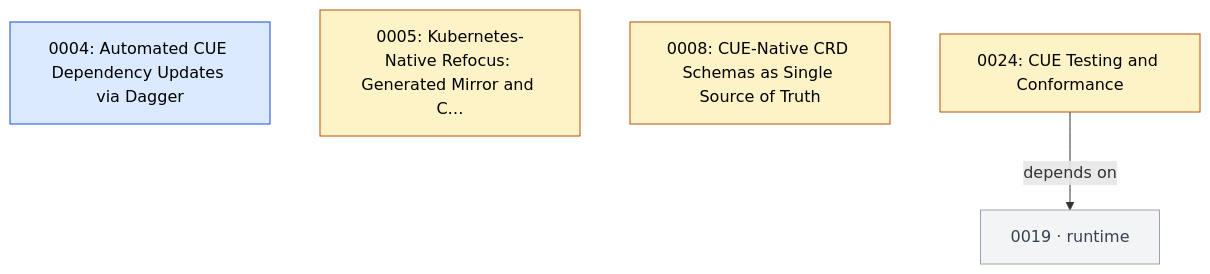
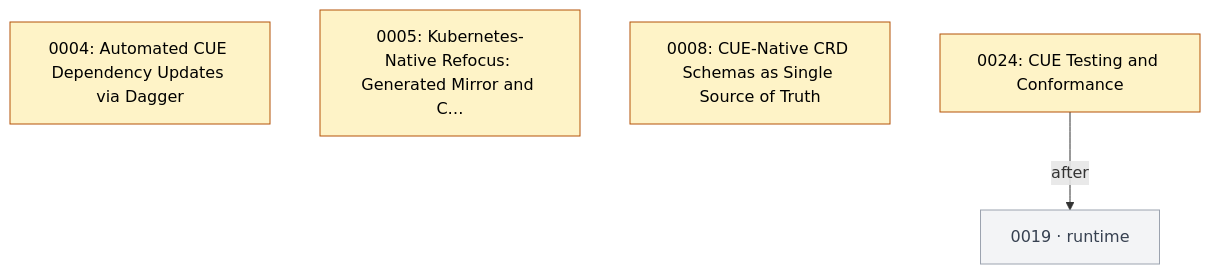
Before and after one commit to open-platform-model/enhancements: the fifth of 6 diagrams in GRAPH.md, drawn with Mermaid. The commit also changed other lines of this file and 1997 other files, not shown here.

````diff
--- a/GRAPH.md
+++ b/GRAPH.md
@@ -194,19 +181,19 @@
 ```mermaid
 graph TD
   classDef draft       fill:#fef3c7,stroke:#b45309,color:#000
   classDef accepted    fill:#dbeafe,stroke:#1d4ed8,color:#000
   classDef rejected    fill:#fee2e2,stroke:#b91c1c,color:#7f1d1d,stroke-dasharray:4 2
+  classDef withdrawn   fill:#fef2f2,stroke:#b91c1c,color:#7f1d1d,stroke-dasharray:1 3
   classDef superseded  fill:#e5e7eb,stroke:#6b7280,color:#6b7280
   classDef delivered   fill:#dcfce7,stroke:#15803d,color:#14532d
-  classDef legacy      fill:#fafafa,stroke:#9ca3af,color:#6b7280,stroke-dasharray:3 3
   classDef stub        fill:#f3f4f6,stroke:#9ca3af,color:#374151
   classDef category    fill:#ede9fe,stroke:#6d28d9,color:#000
 
-  N0004["0004: Automated CUE Dependency Updates via Dagger"]:::accepted
+  N0004["0004: Automated CUE Dependency Updates via Dagger"]:::draft
   N0005["0005: Kubernetes-Native Refocus: Generated Mirror and C…"]:::draft
   N0008["0008: CUE-Native CRD Schemas as Single Source of Truth"]:::draft
   N0024["0024: CUE Testing and Conformance"]:::draft
   N0019["0019 · runtime"]:::stub
 
-  N0024 -->|depends on| N0019
+  N0024 -->|after| N0019
 ```
````
